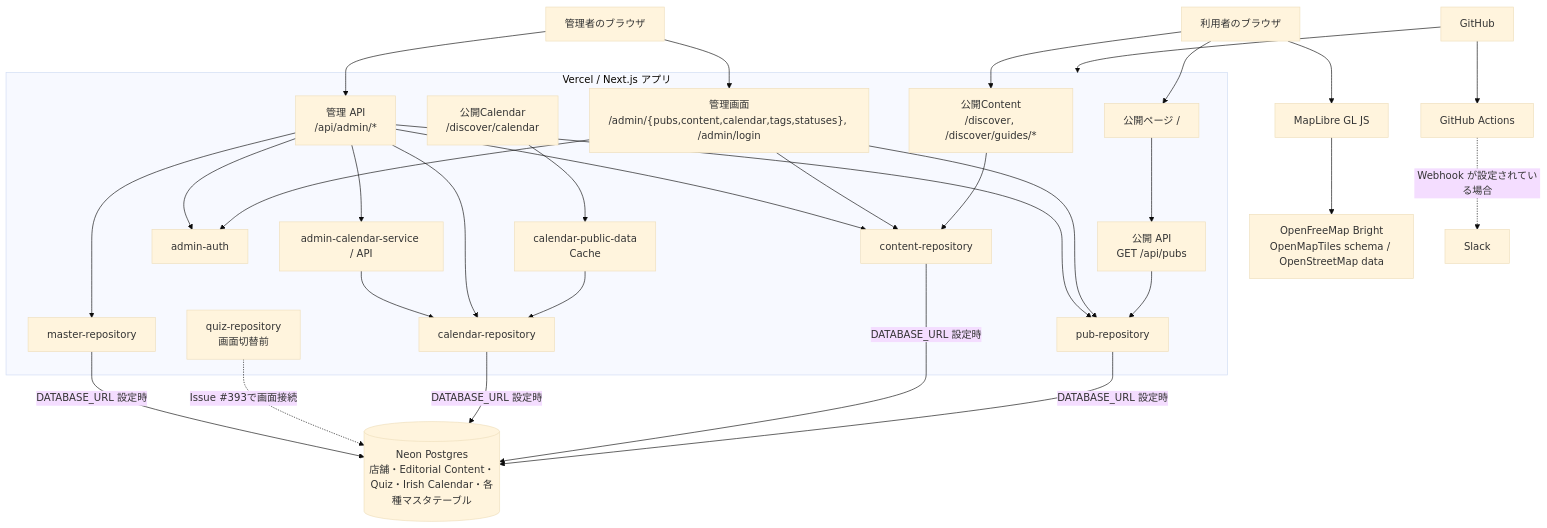
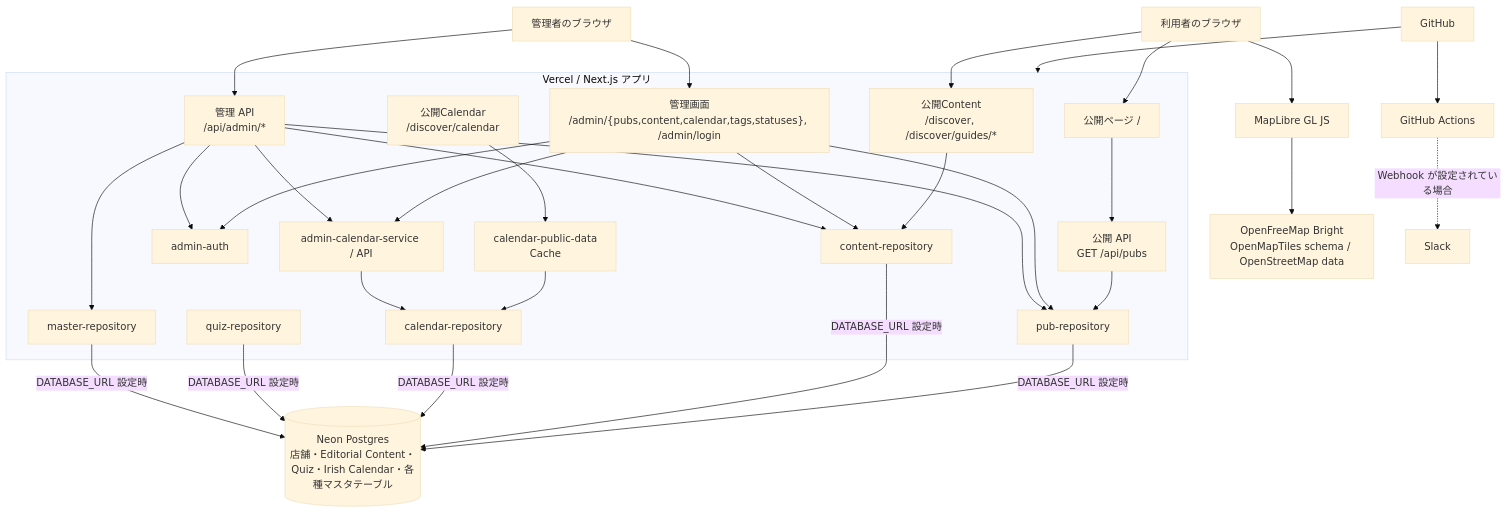
Before and after one commit to yusukefr/irishpub-map: the diagram in docs/architecture/system-overview.md, drawn with Mermaid (base theme). The commit also changed other lines of this file and 1 other file, not shown here.

Commit message:
docs: address calendar cleanup review feedback

````diff
--- a/docs/architecture/system-overview.md
+++ b/docs/architecture/system-overview.md
@@ -7,62 +7,62 @@
 ```mermaid
 flowchart TB
   visitor[利用者のブラウザ]
   administrator[管理者のブラウザ]
   maplibre[MapLibre GL JS]
   mapProvider[OpenFreeMap Bright<br/>OpenMapTiles schema / OpenStreetMap data]
   github[GitHub]
   actions[GitHub Actions]
   slack[Slack]
 
   subgraph vercel[Vercel / Next.js アプリ]
     publicPage["公開ページ /"]
     contentPage["公開Content<br/>/discover, /discover/guides/*"]
     calendarPage["公開Calendar<br/>/discover/calendar"]
     publicApi["公開 API<br/>GET /api/pubs"]
     adminPage["管理画面<br/>/admin/{pubs,content,calendar,tags,statuses}, /admin/login"]
     adminApi["管理 API<br/>/api/admin/*"]
     auth[admin-auth]
     repository[pub-repository]
     contentRepository[content-repository]
     calendarDataLoader[calendar-public-data<br/>Cache]
     calendarRepository[calendar-repository]
     adminCalendarService[admin-calendar-service / API]
-    quizRepository[quiz-repository<br/>画面切替前]
+    quizRepository[quiz-repository]
     masterRepository[master-repository]
   end
 
   neon[(Neon Postgres<br/>店舗・Editorial Content・Quiz・Irish Calendar・各種マスタテーブル)]
 
   visitor --> publicPage
   visitor --> contentPage
   publicPage --> publicApi
   contentPage --> contentRepository
   calendarPage --> calendarDataLoader
   calendarDataLoader --> calendarRepository
   publicApi --> repository
   visitor --> maplibre
   maplibre --> mapProvider
 
   administrator --> adminPage
   administrator --> adminApi
   adminPage --> auth
   adminPage --> repository
   adminPage --> contentRepository
+  adminPage --> adminCalendarService
   adminApi --> auth
   adminApi --> repository
   adminApi --> contentRepository
-  adminApi --> calendarRepository
   adminApi --> adminCalendarService
   adminCalendarService --> calendarRepository
   adminApi --> masterRepository
 
   repository -->|"DATABASE_URL 設定時"| neon
   contentRepository -->|"DATABASE_URL 設定時"| neon
   calendarRepository -->|"DATABASE_URL 設定時"| neon
-  quizRepository -.->|"Issue #393で画面接続"| neon
+  quizRepository -->|"DATABASE_URL 設定時"| neon
   masterRepository -->|"DATABASE_URL 設定時"| neon
 
   github --> actions
   github --> vercel
   actions -.->|"Webhook が設定されている場合"| slack
 ```
````
